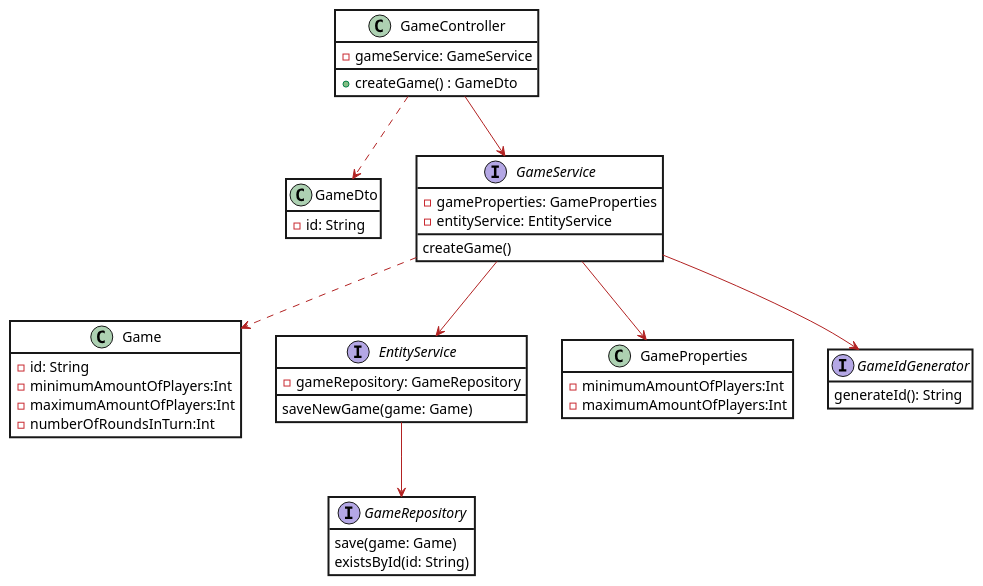
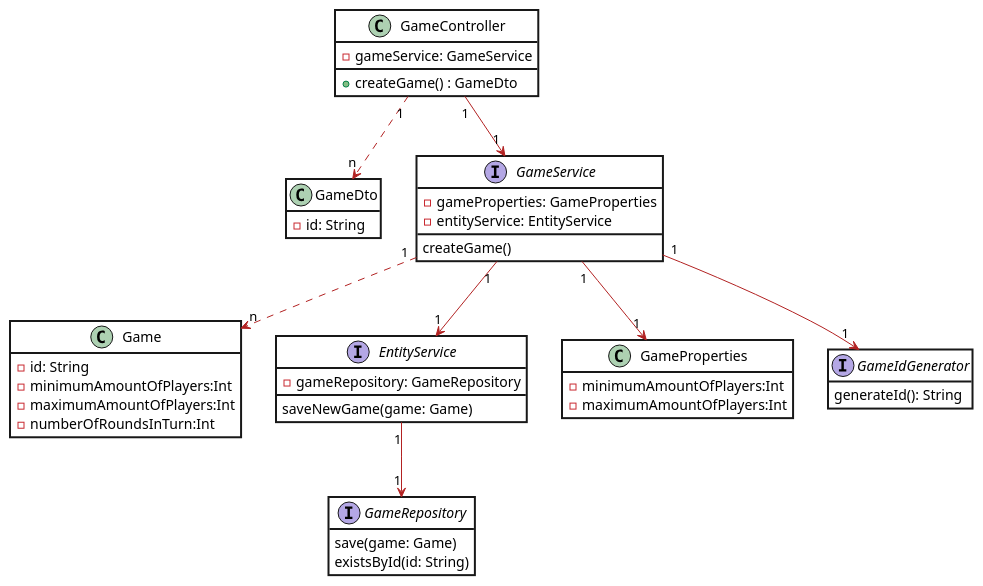
Before and after one commit to patrickwinti/worldwidewalter: the diagram in docs/diagrams/DCD_create_game.plantuml, drawn with PlantUML. The commit also changed 6 other files, not shown here.

```diff
--- a/docs/diagrams/DCD_create_game.plantuml
+++ b/docs/diagrams/DCD_create_game.plantuml
@@ -1,56 +1,56 @@
 @startuml
 skinparam class {
     BackgroundColor white
     ArrowColor Firebrick
     BorderThickness 2
 }
 skinparam Note{
     BorderColor #FFD966
     BackgroundColor #FFD966
 }
 skinparam roundcorner 0
 skinparam packagestyle Frame
 hide empty members
 
 class GameController {
    -gameService: GameService
    +createGame() : GameDto
 }
 class GameDto{
     -id: String
 }
 class Game {
    -id: String
    -minimumAmountOfPlayers:Int
    -maximumAmountOfPlayers:Int
    -numberOfRoundsInTurn:Int
 }
 interface EntityService {
    -gameRepository: GameRepository
    saveNewGame(game: Game)
 }
 interface GameService{
     -gameProperties: GameProperties
     -entityService: EntityService
     createGame()
 }
 interface GameRepository {
    save(game: Game)
    existsById(id: String)
 }
 class GameProperties{
     -minimumAmountOfPlayers:Int
     -maximumAmountOfPlayers:Int
 }
 interface GameIdGenerator{
     generateId(): String
 }
 
-GameController-->GameService
-GameService ..> Game
-GameService --> EntityService
-GameService --> GameIdGenerator
-GameService --> GameProperties
-EntityService --> GameRepository
-GameController ..> GameDto
+GameController "1"-->"1" GameService
+GameService "1"..>"n" Game
+GameService "1"-->"1" EntityService
+GameService "1"-->"1" GameIdGenerator
+GameService "1"-->"1" GameProperties
+EntityService "1"-->"1" GameRepository
+GameController "1"..>"n" GameDto
 @enduml
```
